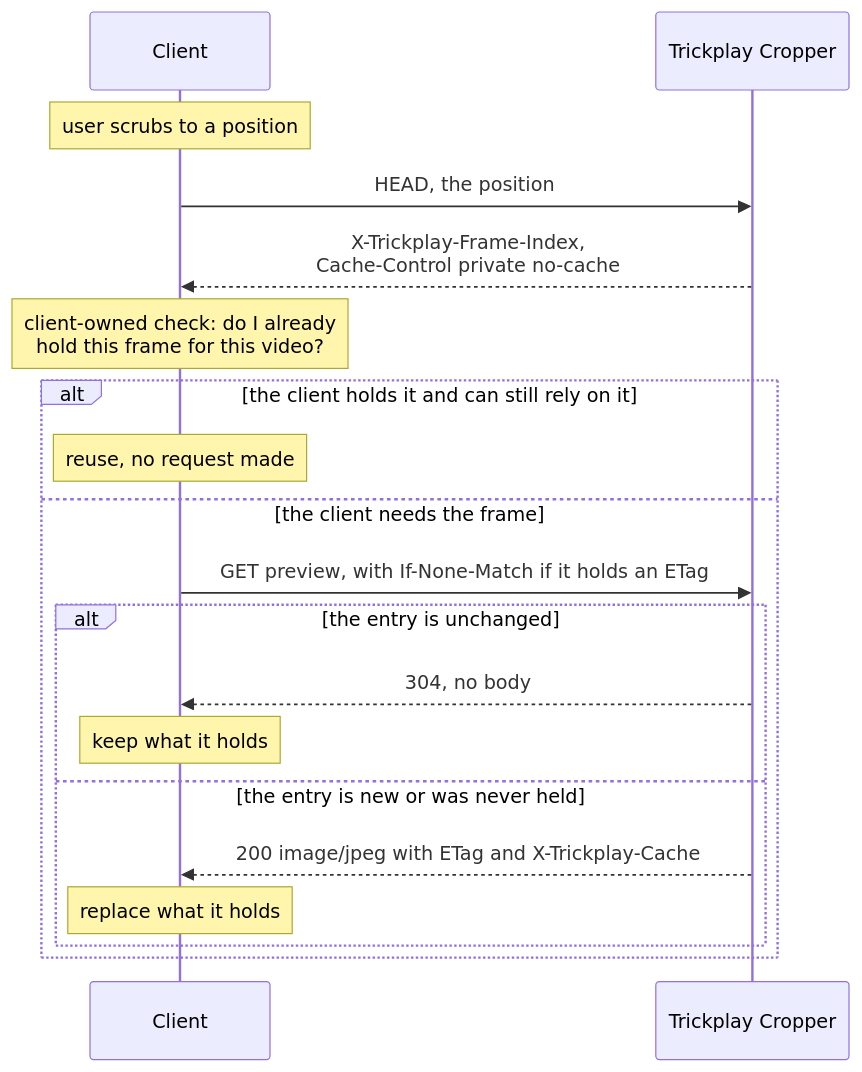
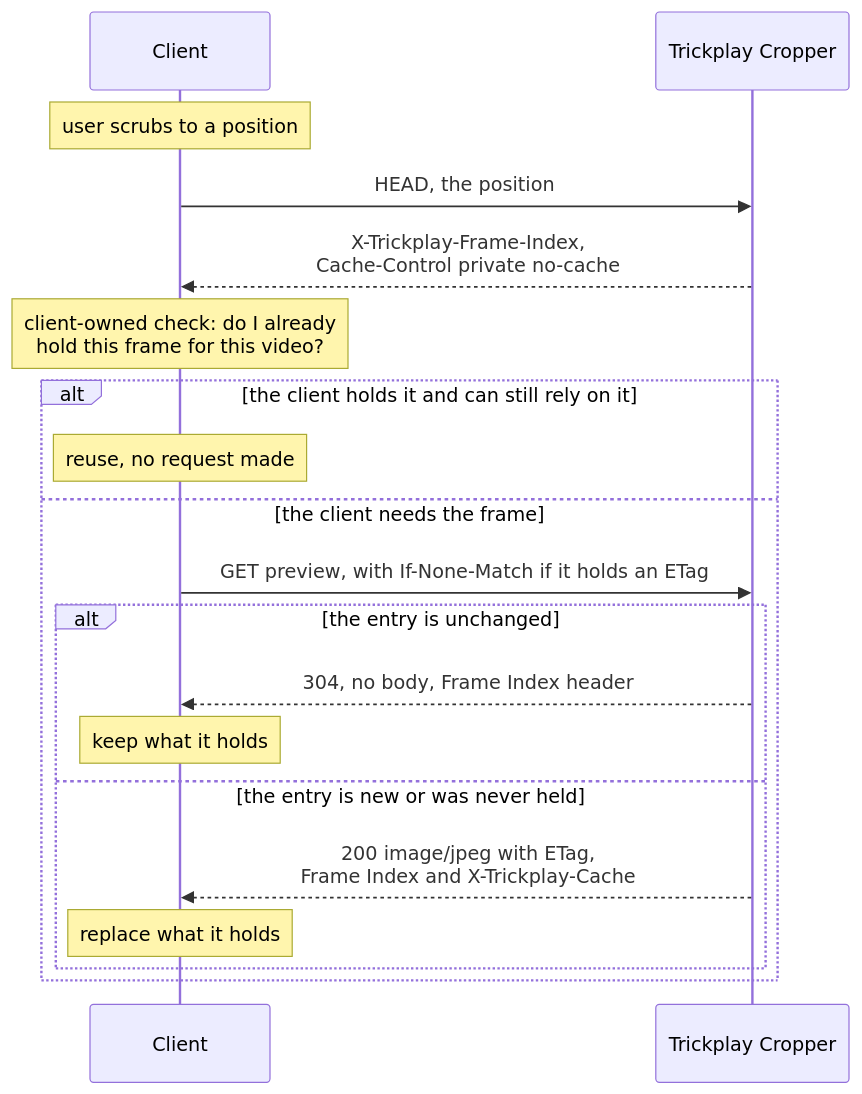
One commit to xiakeng/trickplay-cropper changed the diagram in docs/business/participants/client.md. Above: the diagram before and after it, drawn with Mermaid. The commit also changed other lines of this file and 45 other files, not shown here.

````diff
--- a/docs/business/participants/client.md
+++ b/docs/business/participants/client.md
@@ -41,24 +41,24 @@
 ```mermaid
 sequenceDiagram
     participant C as Client
     participant P as Trickplay Cropper
 
     Note over C: user scrubs to a position
     C->>P: HEAD, the position
     P-->>C: X-Trickplay-Frame-Index,<br/>Cache-Control private no-cache
 
     Note over C: client-owned check: do I already<br/>hold this frame for this video?
 
     alt the client holds it and can still rely on it
         Note over C: reuse, no request made
     else the client needs the frame
         C->>P: GET preview, with If-None-Match if it holds an ETag
         alt the entry is unchanged
-            P-->>C: 304, no body
+            P-->>C: 304, no body, Frame Index header
             Note over C: keep what it holds
         else the entry is new or was never held
-            P-->>C: 200 image/jpeg with ETag and X-Trickplay-Cache
+            P-->>C: 200 image/jpeg with ETag,<br/>Frame Index and X-Trickplay-Cache
             Note over C: replace what it holds
         end
     end
 ```
````
